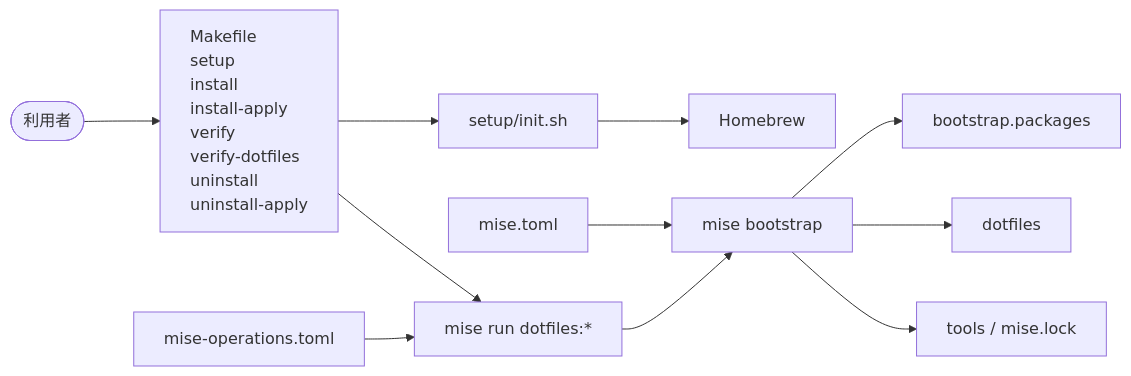
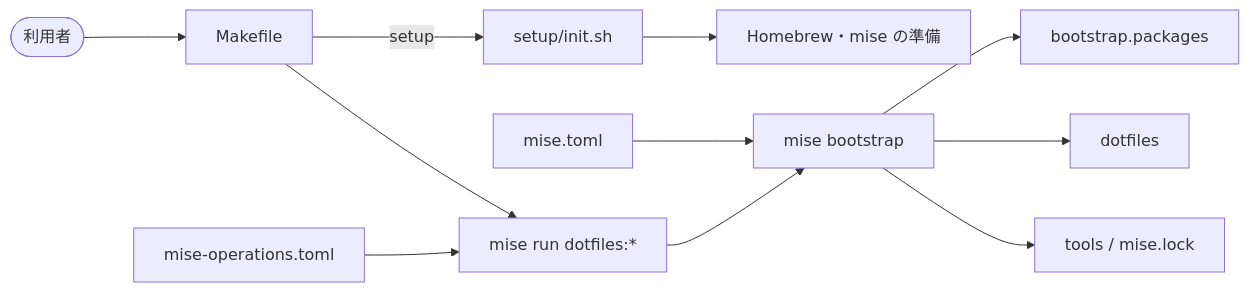
Before and after one commit to gkzz/dotfiles: the diagram in docs/ARCHITECTURE.md, drawn with Mermaid. The commit also changed other lines of this file and 14 other files, not shown here.

````diff
--- a/docs/ARCHITECTURE.md
+++ b/docs/ARCHITECTURE.md
@@ -5,14 +5,13 @@
 ```mermaid
-%%{init: {"flowchart": {"htmlLabels": true}}}%%
 flowchart LR
-    user([利用者]) --> makefile["<div style='text-align: left'>Makefile<br/>setup<br/>install<br/>install-apply<br/>verify<br/>verify-dotfiles<br/>uninstall<br/>uninstall-apply</div>"]
-    makefile --> setup[setup/init.sh]
-    setup --> brew[Homebrew]
+    user([利用者]) --> makefile[Makefile]
+    makefile -->|setup| setup[setup/init.sh]
+    setup --> prerequisites[Homebrew・mise の準備]
     config[mise.toml] --> mise
     operations[mise-operations.toml] --> tasks
     makefile --> tasks[mise run dotfiles:*]
     tasks --> mise[mise bootstrap]
     mise --> packages[bootstrap.packages]
     mise --> dotfiles[dotfiles]
     mise --> tools[tools / mise.lock]
 ```
````
